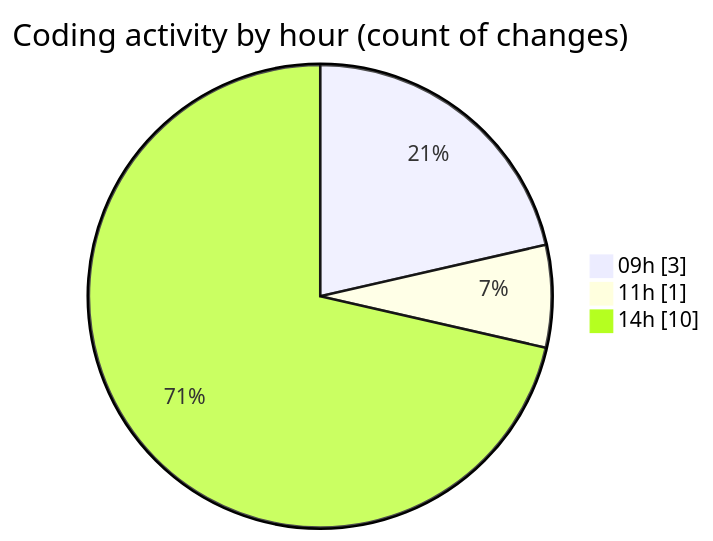
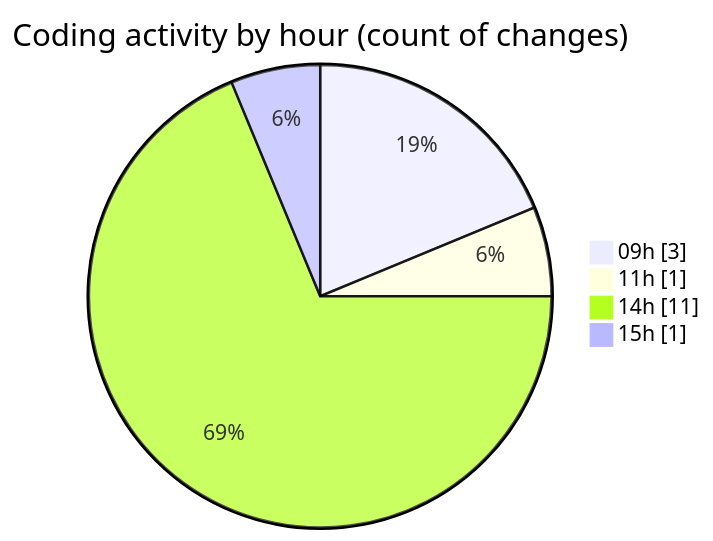
The second of 2 diagrams in 2025-09-25/cda/README.md (momahboobian/code-tracking), drawn with Mermaid before and after one commit. The commit also changed other lines of this file and 1 other file, not shown here.

````diff
--- a/2025-09-25/cda/README.md
+++ b/2025-09-25/cda/README.md
@@ -39,7 +42,8 @@
 ```mermaid
 pie showData
 title Coding activity by hour (count of changes)
 "09h" : 3
 "11h" : 1
-"14h" : 10
+"14h" : 11
+"15h" : 1
 ```
````
